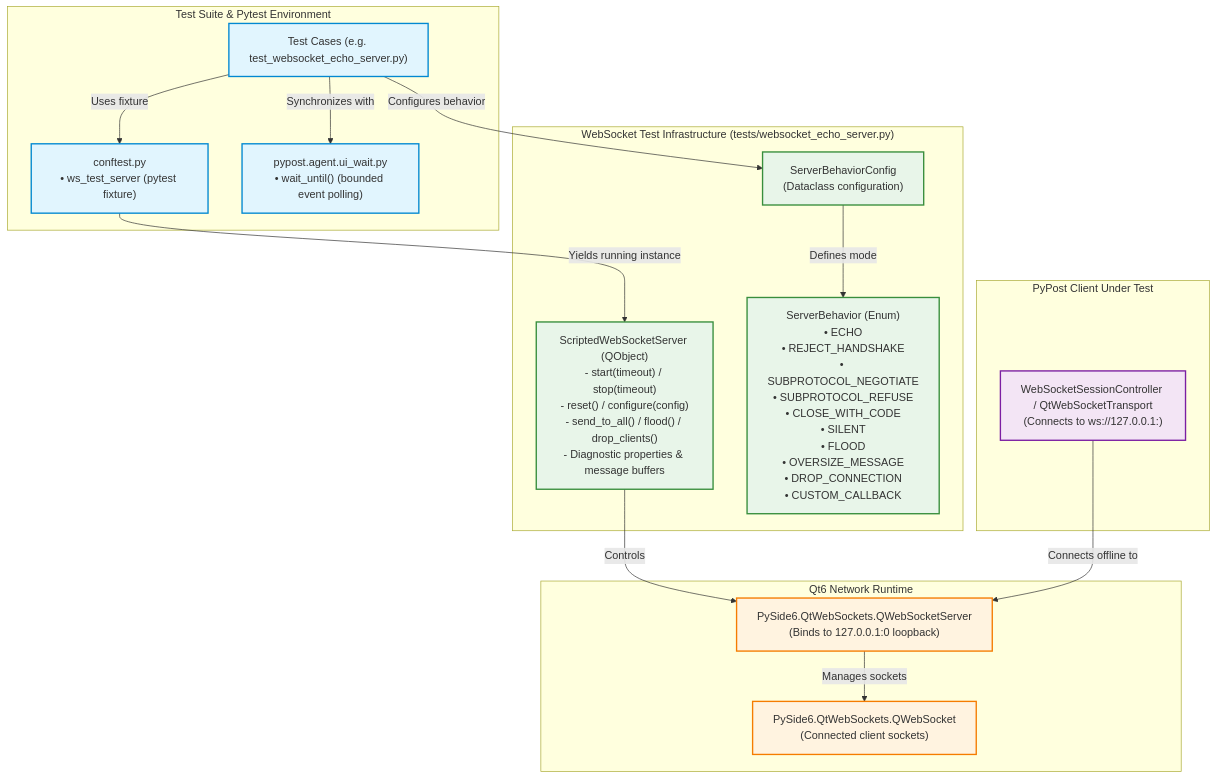
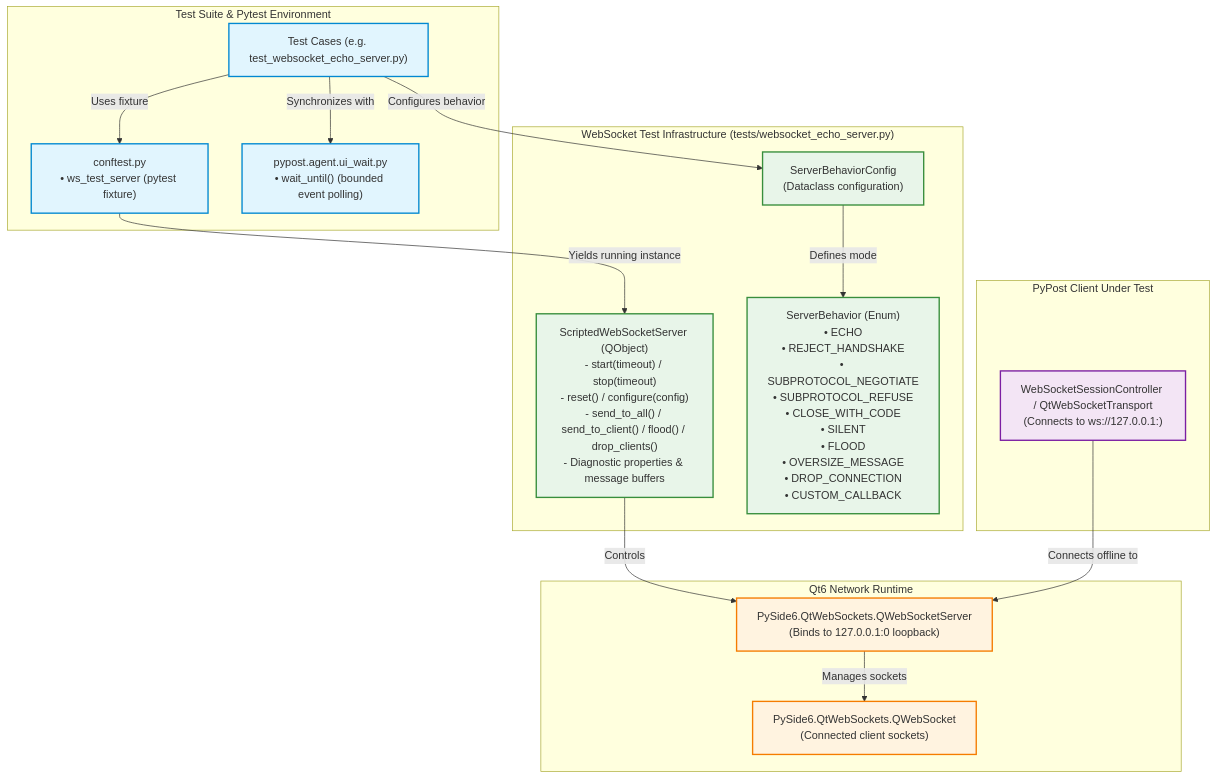
One commit to koctep/pypost changed the diagram in doc/dev/websocket_test_harness.md. Above: the diagram before and after it, drawn with Mermaid. The commit also changed other lines of this file and 8 other files, not shown here.

First line of the commit message:
test(websocket): PYPOST-1139 add send_to_client and disconnect cleanup

````diff
--- a/doc/dev/websocket_test_harness.md
+++ b/doc/dev/websocket_test_harness.md
@@ -24,42 +24,42 @@
 ```mermaid
 graph TD
     subgraph "Test Suite & Pytest Environment"
         TC["Test Cases (e.g. test_websocket_echo_server.py)"]
         CONF["conftest.py<br/>• ws_test_server (pytest fixture)"]
         WAIT["pypost.agent.ui_wait.py<br/>• wait_until() (bounded event polling)"]
     end
 
     subgraph "WebSocket Test Infrastructure (tests/websocket_echo_server.py)"
-        SWS["ScriptedWebSocketServer (QObject)<br/>- start(timeout) / stop(timeout)<br/>- reset() / configure(config)<br/>- send_to_all() / flood() / drop_clients()<br/>- Diagnostic properties & message buffers"]
+        SWS["ScriptedWebSocketServer (QObject)<br/>- start(timeout) / stop(timeout)<br/>- reset() / configure(config)<br/>- send_to_all() / send_to_client() / flood() / drop_clients()<br/>- Diagnostic properties & message buffers"]
         SBC["ServerBehaviorConfig<br/>(Dataclass configuration)"]
         SB["ServerBehavior (Enum)<br/>• ECHO<br/>• REJECT_HANDSHAKE<br/>• SUBPROTOCOL_NEGOTIATE<br/>• SUBPROTOCOL_REFUSE<br/>• CLOSE_WITH_CODE<br/>• SILENT<br/>• FLOOD<br/>• OVERSIZE_MESSAGE<br/>• DROP_CONNECTION<br/>• CUSTOM_CALLBACK"]
     end
 
     subgraph "Qt6 Network Runtime"
         QWSS["PySide6.QtWebSockets.QWebSocketServer<br/>(Binds to 127.0.0.1:0 loopback)"]
         QWS["PySide6.QtWebSockets.QWebSocket<br/>(Connected client sockets)"]
     end
 
     subgraph "PyPost Client Under Test"
         WSC["WebSocketSessionController / QtWebSocketTransport<br/>(Connects to ws://127.0.0.1:<port>)"]
     end
 
     CONF -->|"Yields running instance"| SWS
     TC -->|"Uses fixture"| CONF
     TC -->|"Configures behavior"| SBC
     SBC -->|"Defines mode"| SB
     SWS -->|"Controls"| QWSS
     QWSS -->|"Manages sockets"| QWS
     WSC -->|"Connects offline to"| QWSS
     TC -->|"Synchronizes with"| WAIT
 
     classDef test fill:#e1f5fe,stroke:#0288d1,stroke-width:2px;
     classDef harness fill:#e8f5e9,stroke:#388e3c,stroke-width:2px;
     classDef qt fill:#fff3e0,stroke:#f57c00,stroke-width:2px;
     classDef client fill:#f3e5f5,stroke:#7b1fa2,stroke-width:2px;
 
     class TC,CONF,WAIT test;
     class SWS,SBC,SB harness;
     class QWSS,QWS qt;
     class WSC client;
 ```
````
